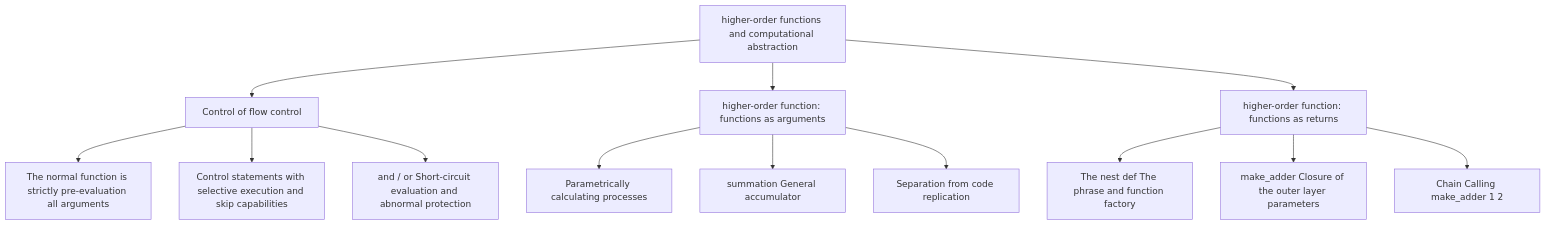
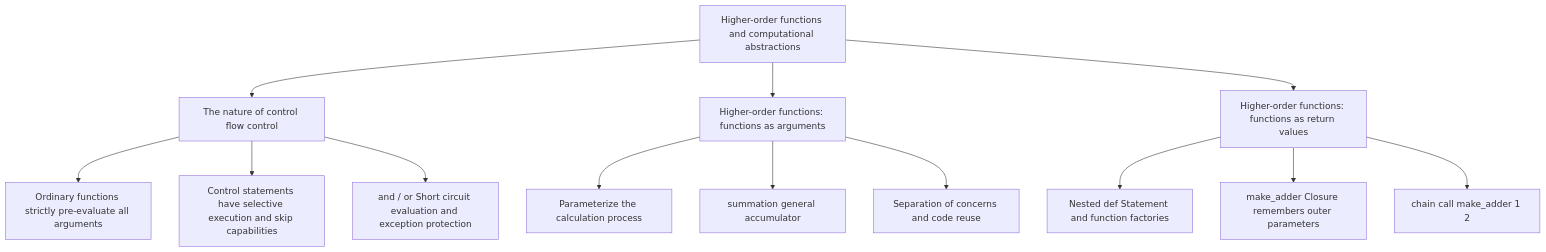
Before and after one commit to easonlines2007/easonlin-blog: the diagram in src/content/translations/en/notes/cs61a/lecture-04.md, drawn with Mermaid. The commit also changed other lines of this file and 158 other files, not shown here.

````diff
--- a/src/content/translations/en/notes/cs61a/lecture-04.md
+++ b/src/content/translations/en/notes/cs61a/lecture-04.md
@@ -389,18 +795,18 @@
 ```mermaid
 graph TD
-    A[higher-order functions and computational abstraction] --> B[Control of flow control]
-    A --> C[higher-order function: functions as arguments]
-    A --> D[higher-order function: functions as returns]
+    A[Higher-order functions and computational abstractions] --> B[The nature of control flow control]
+    A --> C[Higher-order functions: functions as arguments]
+    A --> D[Higher-order functions: functions as return values]
 
-    B --> B1[The normal function is strictly pre-evaluation all arguments]
-    B --> B2[Control statements with selective execution and skip capabilities]
-    B --> B3[and / or Short-circuit evaluation and abnormal protection]
+    B --> B1[Ordinary functions strictly pre-evaluate all arguments]
+    B --> B2[Control statements have selective execution and skip capabilities]
+    B --> B3[and / or Short circuit evaluation and exception protection]
 
-    C --> C1[Parametrically calculating processes]
-    C --> C2[summation General accumulator]
-    C --> C3[Separation from code replication]
+    C --> C1[Parameterize the calculation process]
+    C --> C2[summation general accumulator]
+    C --> C3[Separation of concerns and code reuse]
 
-    D --> D1[The nest def The phrase and function factory]
-    D --> D2[make_adder Closure of the outer layer parameters]
-    D --> D3[Chain Calling make_adder 1 2]
+    D --> D1[Nested def Statement and function factories]
+    D --> D2[make_adder Closure remembers outer parameters]
+    D --> D3[chain call make_adder 1 2]
 ```
````
